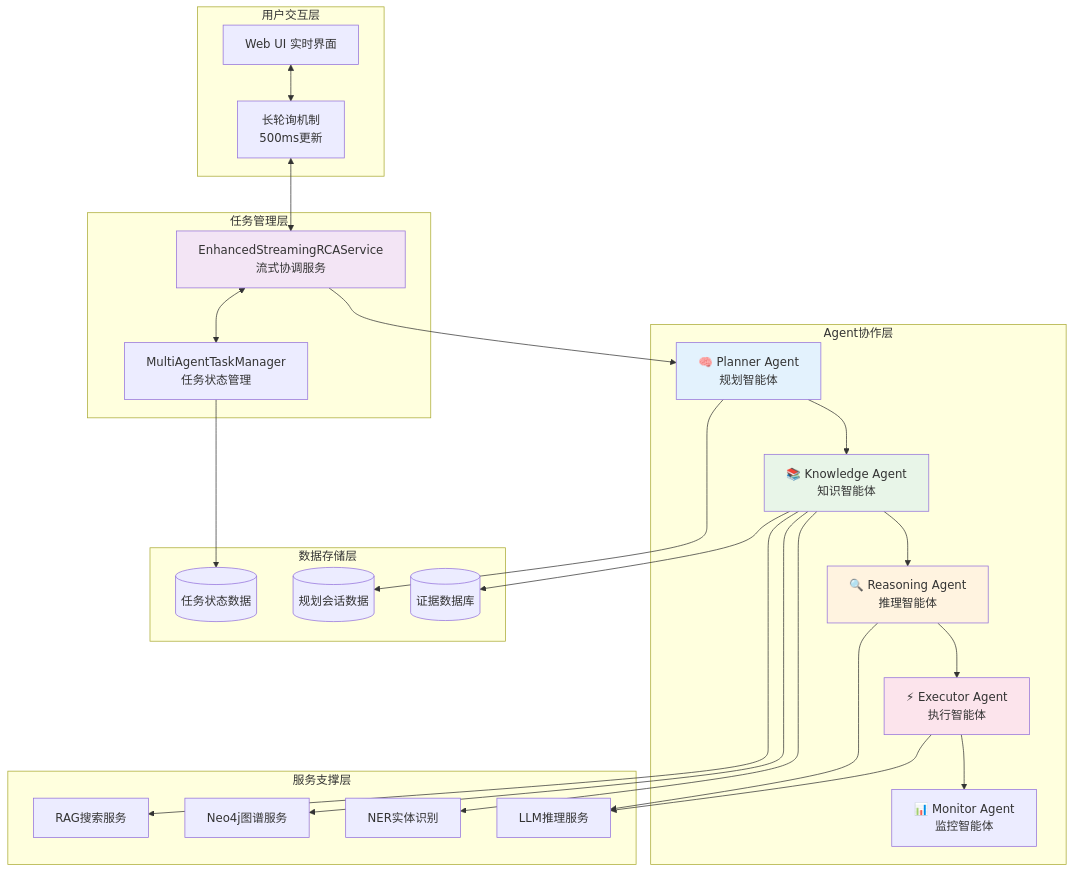
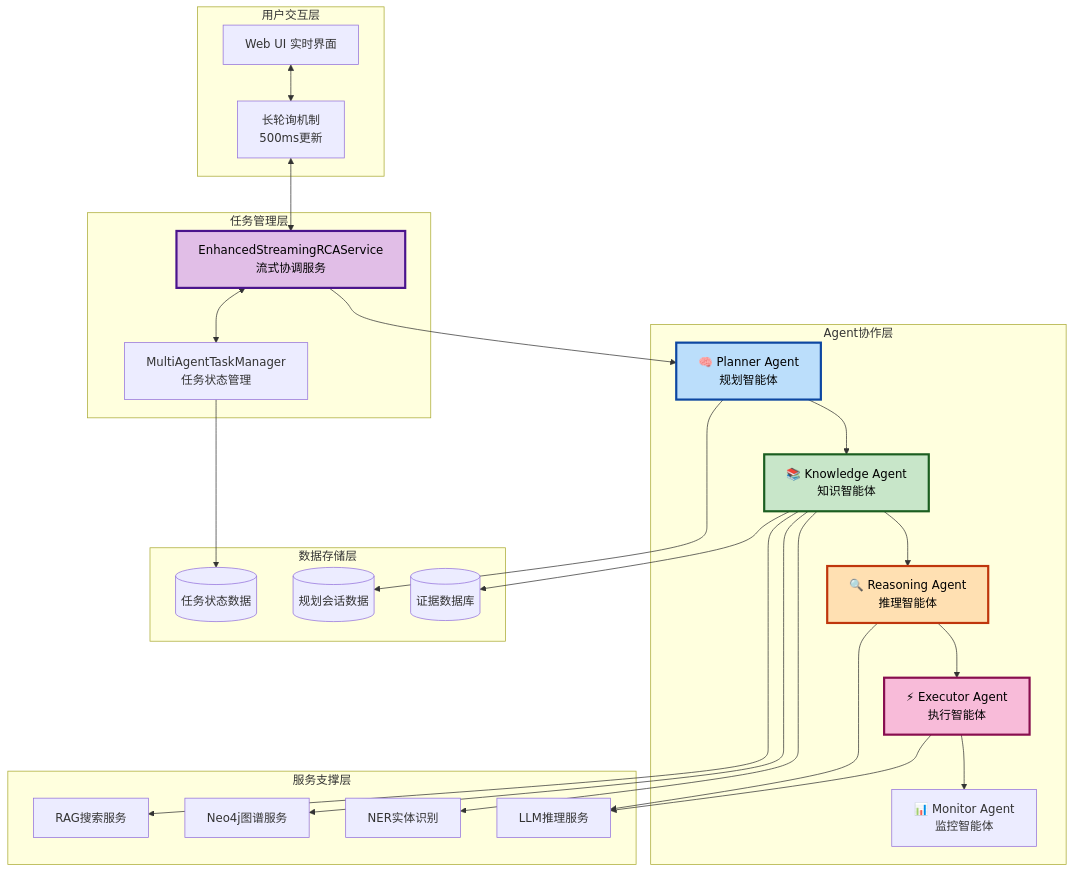
Before and after one commit to pkusnail/AIOpsPolaris: the first of 7 diagrams in docs/MULTI_AGENT_ARCHITECTURE.md, drawn with Mermaid. The commit also changed other lines of this file and 2 other files, not shown here.

First line of the commit message:
fix(docs): improve mermaid diagram color contrast and readability

````diff
--- a/docs/MULTI_AGENT_ARCHITECTURE.md
+++ b/docs/MULTI_AGENT_ARCHITECTURE.md
@@ -5,59 +5,59 @@
 ```mermaid
 graph TB
     subgraph "用户交互层"
         UI[Web UI 实时界面]
         POLL[长轮询机制<br/>500ms更新]
     end
     
     subgraph "任务管理层"
         TMgr[MultiAgentTaskManager<br/>任务状态管理]
         STREAM[EnhancedStreamingRCAService<br/>流式协调服务]
     end
     
     subgraph "Agent协作层"
         PLANNER[🧠 Planner Agent<br/>规划智能体]
         KNOWLEDGE[📚 Knowledge Agent<br/>知识智能体] 
         REASONING[🔍 Reasoning Agent<br/>推理智能体]
         EXECUTOR[⚡ Executor Agent<br/>执行智能体]
         MONITOR[📊 Monitor Agent<br/>监控智能体]
     end
     
     subgraph "服务支撑层"
         RAG[RAG搜索服务]
         NEO4J[Neo4j图谱服务]
         NER[NER实体识别]
         LLM[LLM推理服务]
     end
     
     subgraph "数据存储层"
         TASK_DATA[(任务状态数据)]
         PLAN_DATA[(规划会话数据)]
         EVIDENCE[(证据数据库)]
     end
     
     UI <--> POLL
     POLL <--> STREAM
     STREAM <--> TMgr
     
     STREAM --> PLANNER
     PLANNER --> KNOWLEDGE
     KNOWLEDGE --> REASONING  
     REASONING --> EXECUTOR
     EXECUTOR --> MONITOR
     
     KNOWLEDGE --> RAG
     KNOWLEDGE --> NEO4J
     KNOWLEDGE --> NER
     REASONING --> LLM
     EXECUTOR --> LLM
     
     TMgr --> TASK_DATA
     PLANNER --> PLAN_DATA
     KNOWLEDGE --> EVIDENCE
     
-    style PLANNER fill:#e3f2fd
-    style KNOWLEDGE fill:#e8f5e8
-    style REASONING fill:#fff3e0
-    style EXECUTOR fill:#fce4ec
-    style STREAM fill:#f3e5f5
+    style PLANNER fill:#bbdefb,stroke:#0d47a1,stroke-width:3px,color:#000000
+    style KNOWLEDGE fill:#c8e6c9,stroke:#1b5e20,stroke-width:3px,color:#000000
+    style REASONING fill:#ffe0b2,stroke:#bf360c,stroke-width:3px,color:#000000
+    style EXECUTOR fill:#f8bbd9,stroke:#880e4f,stroke-width:3px,color:#000000
+    style STREAM fill:#e1bee7,stroke:#4a148c,stroke-width:3px,color:#000000
 ```
````
